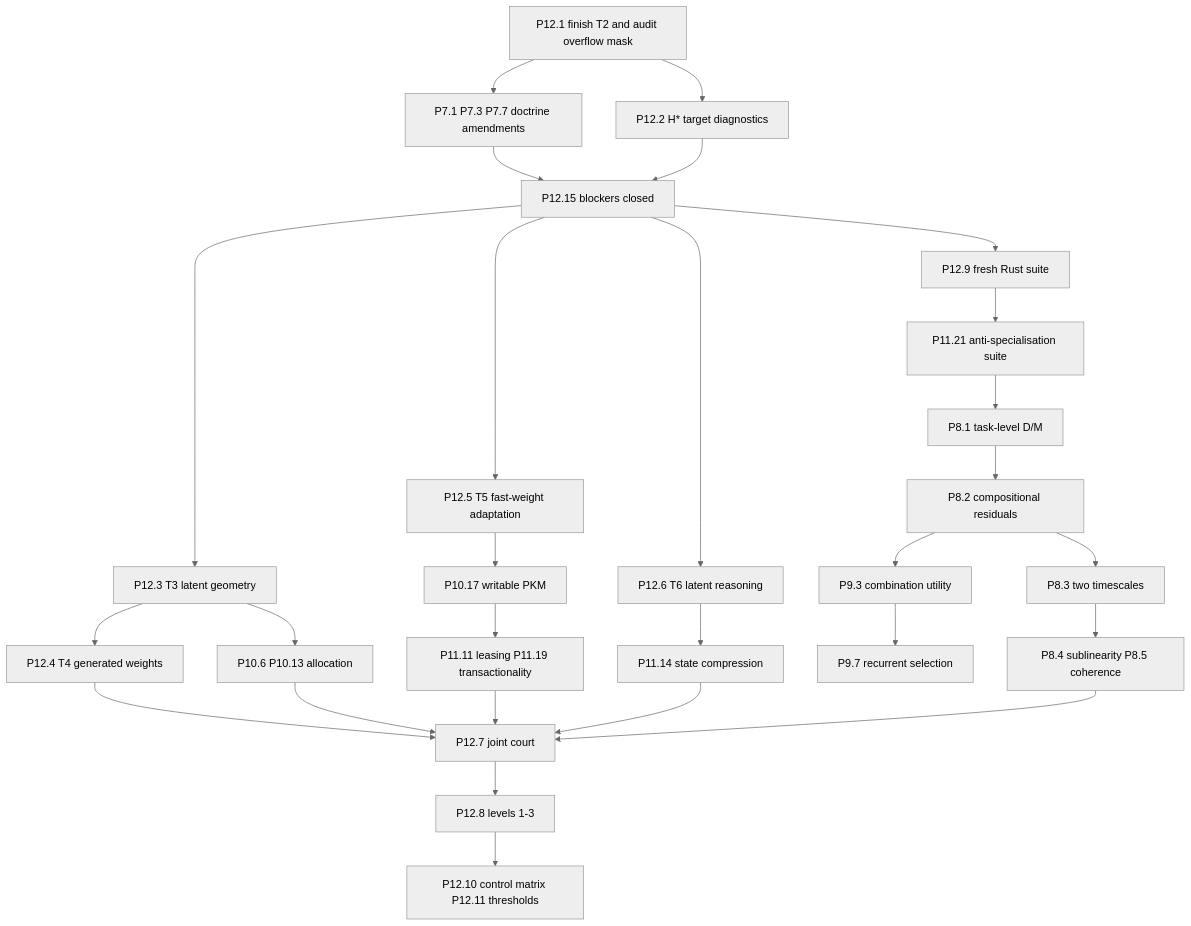
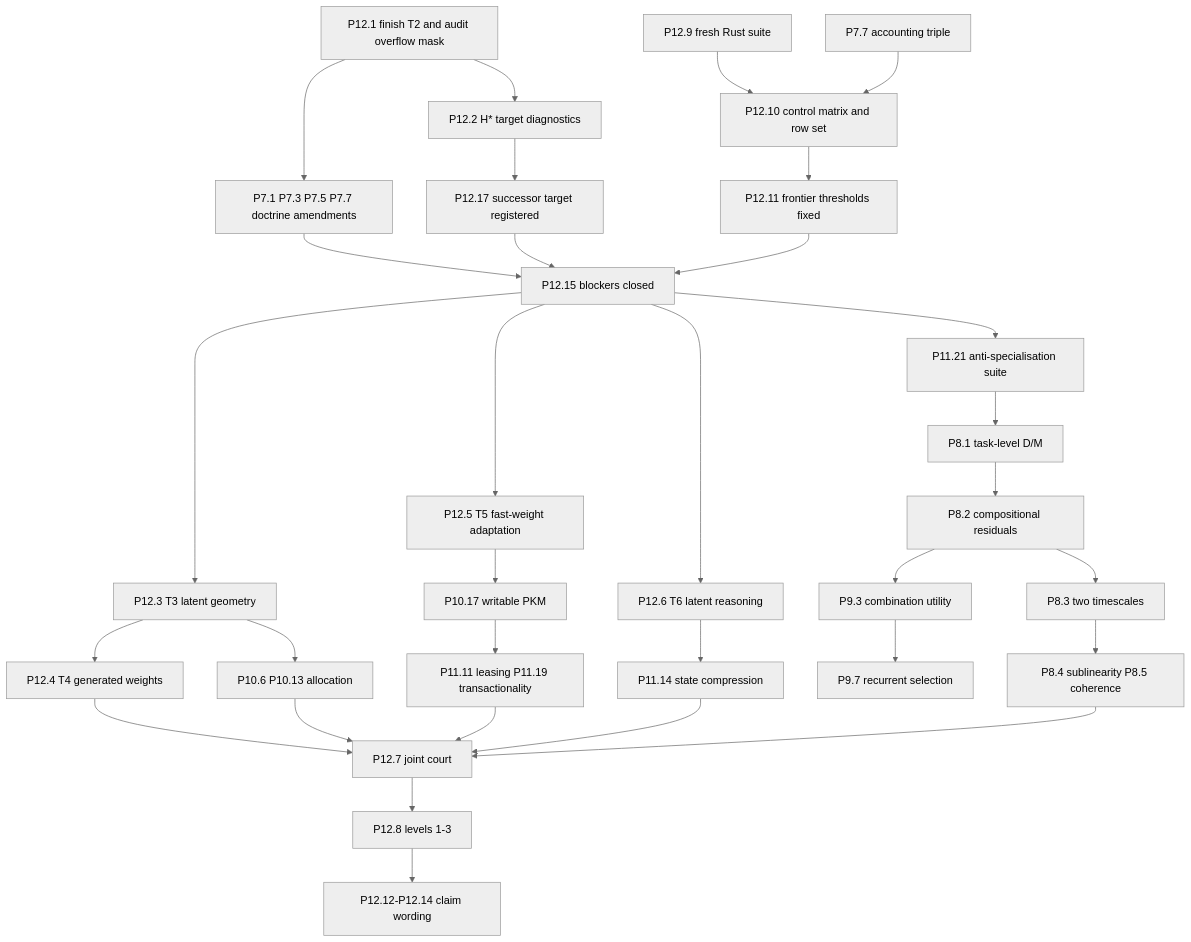
Before and after one commit to infinityabundance/SELVEDGE: the second of 2 diagrams in docs/PROGRAM-PLAN.md, drawn with Mermaid (neutral theme). The commit also changed other lines of this file and 27 other files, not shown here.

````diff
--- a/docs/PROGRAM-PLAN.md
+++ b/docs/PROGRAM-PLAN.md
@@ -2320,30 +2432,34 @@
 ```mermaid
 flowchart TD
     A[P12.1 finish T2 and audit overflow mask] --> B[P12.2 H* target diagnostics]
-    A --> C[P7.1 P7.3 P7.7 doctrine amendments]
+    B --> SU[P12.17 successor target registered]
+    A --> C[P7.1 P7.3 P7.5 P7.7 doctrine amendments]
     C --> D[P12.15 blockers closed]
-    B --> D
-    D --> E[P12.9 fresh Rust suite]
-    E --> F[P11.21 anti-specialisation suite]
+    SU --> D
+    N9[P12.9 fresh Rust suite] --> CM[P12.10 control matrix and row set]
+    AC[P7.7 accounting triple] --> CM
+    CM --> TH[P12.11 frontier thresholds fixed]
+    TH --> D
+    D --> E[P11.21 anti-specialisation suite]
     D --> G[P12.3 T3 latent geometry]
     G --> H[P12.4 T4 generated weights]
     G --> I[P10.6 P10.13 allocation]
     D --> J[P12.5 T5 fast-weight adaptation]
     J --> K[P10.17 writable PKM]
     K --> L[P11.11 leasing P11.19 transactionality]
     D --> M[P12.6 T6 latent reasoning]
     M --> N[P11.14 state compression]
-    F --> O[P8.1 task-level D/M]
+    E --> O[P8.1 task-level D/M]
     O --> P[P8.2 compositional residuals]
     P --> Q[P9.3 combination utility]
     Q --> R[P9.7 recurrent selection]
-    P --> S[P8.3 two timescales]
-    S --> T[P8.4 sublinearity P8.5 coherence]
+    P --> TS[P8.3 two timescales]
+    TS --> SB[P8.4 sublinearity P8.5 coherence]
     H --> U[P12.7 joint court]
     I --> U
     L --> U
     N --> U
-    T --> U
+    SB --> U
     U --> V[P12.8 levels 1-3]
-    V --> W[P12.10 control matrix P12.11 thresholds]
+    V --> W[P12.12-P12.14 claim wording]
 ```
````
